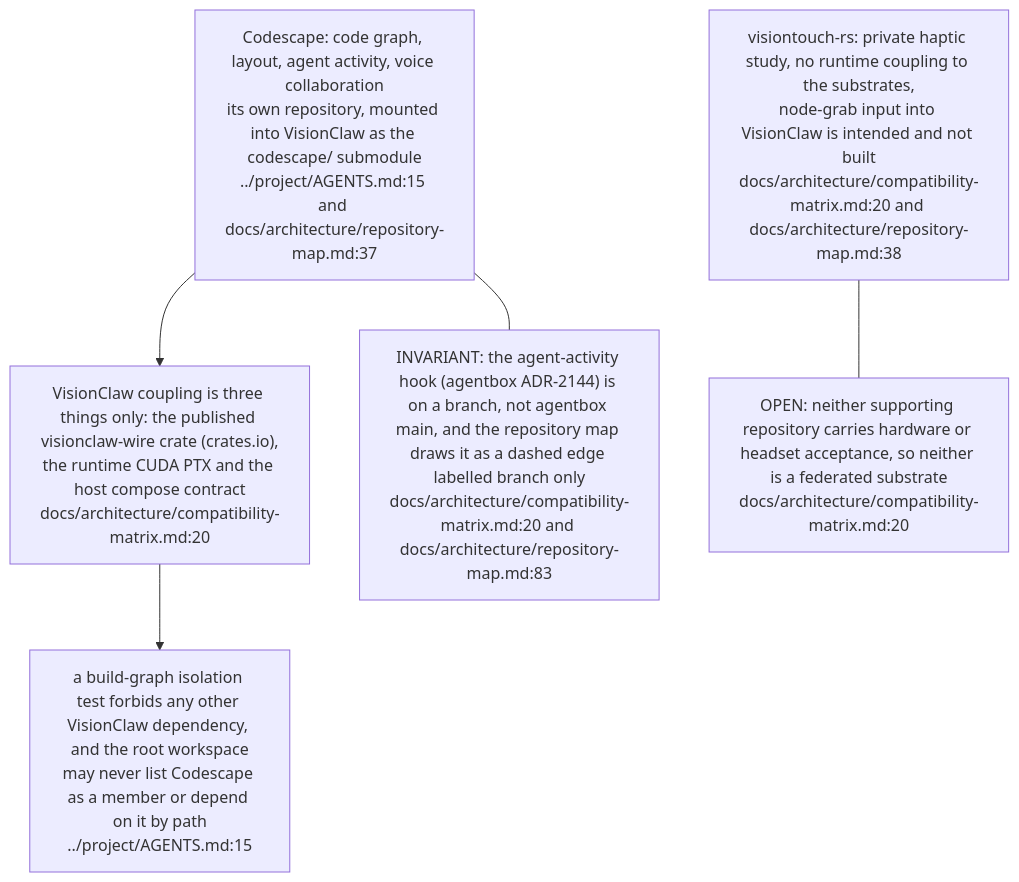
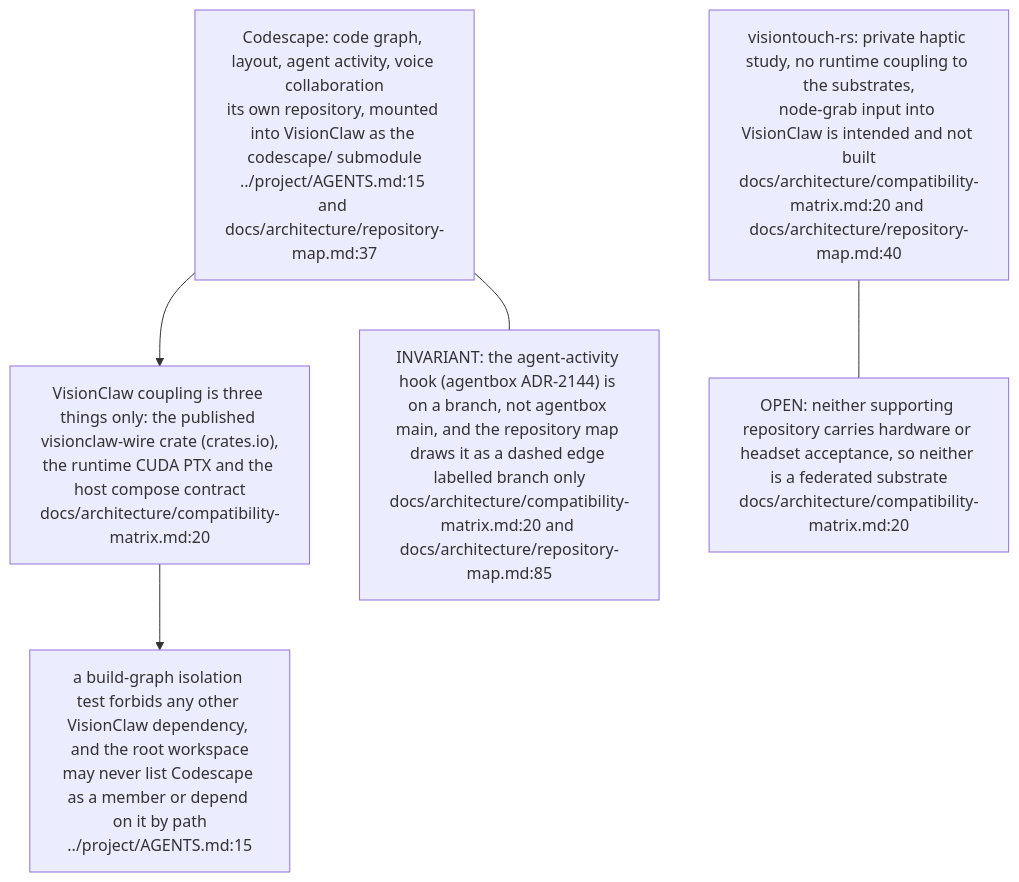
The seventh of 7 diagrams in docs/diagrams/visionflow/08-compatibility-and-dependency-direction.md (DreamLab-AI/VisionFlow), drawn with Mermaid before and after one commit. The commit also changed other lines of this file and 154 other files, not shown here.

First line of the commit message:
docs(diagrams): re-stamp 154 topics whose every citation still reads the same text at the current heads

````diff
--- a/docs/diagrams/visionflow/08-compatibility-and-dependency-direction.md
+++ b/docs/diagrams/visionflow/08-compatibility-and-dependency-direction.md
@@ -156,13 +156,13 @@
 ```mermaid
 flowchart TB
     CS["Codescape: code graph, layout, agent activity, voice collaboration<br/>its own repository, mounted into VisionClaw as the codescape/ submodule<br/>../project/AGENTS.md:15 and docs/architecture/repository-map.md:37"]
     VCWIRE["VisionClaw coupling is three things only: the published visionclaw-wire crate (crates.io),<br/>the runtime CUDA PTX and the host compose contract<br/>docs/architecture/compatibility-matrix.md:20"]
     ISO["a build-graph isolation test forbids any other VisionClaw dependency, and the root workspace<br/>may never list Codescape as a member or depend on it by path<br/>../project/AGENTS.md:15"]
-    VT["visiontouch-rs: private haptic study, no runtime coupling to the substrates,<br/>node-grab input into VisionClaw is intended and not built<br/>docs/architecture/compatibility-matrix.md:20 and docs/architecture/repository-map.md:38"]
+    VT["visiontouch-rs: private haptic study, no runtime coupling to the substrates,<br/>node-grab input into VisionClaw is intended and not built<br/>docs/architecture/compatibility-matrix.md:20 and docs/architecture/repository-map.md:40"]
     CS --> VCWIRE
     VCWIRE --> ISO
-    N1["INVARIANT: the agent-activity hook (agentbox ADR-2144) is on a branch, not agentbox main, and the repository map draws it as a dashed edge labelled branch only<br/>docs/architecture/compatibility-matrix.md:20 and docs/architecture/repository-map.md:83"]
+    N1["INVARIANT: the agent-activity hook (agentbox ADR-2144) is on a branch, not agentbox main, and the repository map draws it as a dashed edge labelled branch only<br/>docs/architecture/compatibility-matrix.md:20 and docs/architecture/repository-map.md:85"]
     N2["OPEN: neither supporting repository carries hardware or headset acceptance, so neither is a federated substrate<br/>docs/architecture/compatibility-matrix.md:20"]
     CS --- N1
     VT --- N2
 ```
````
